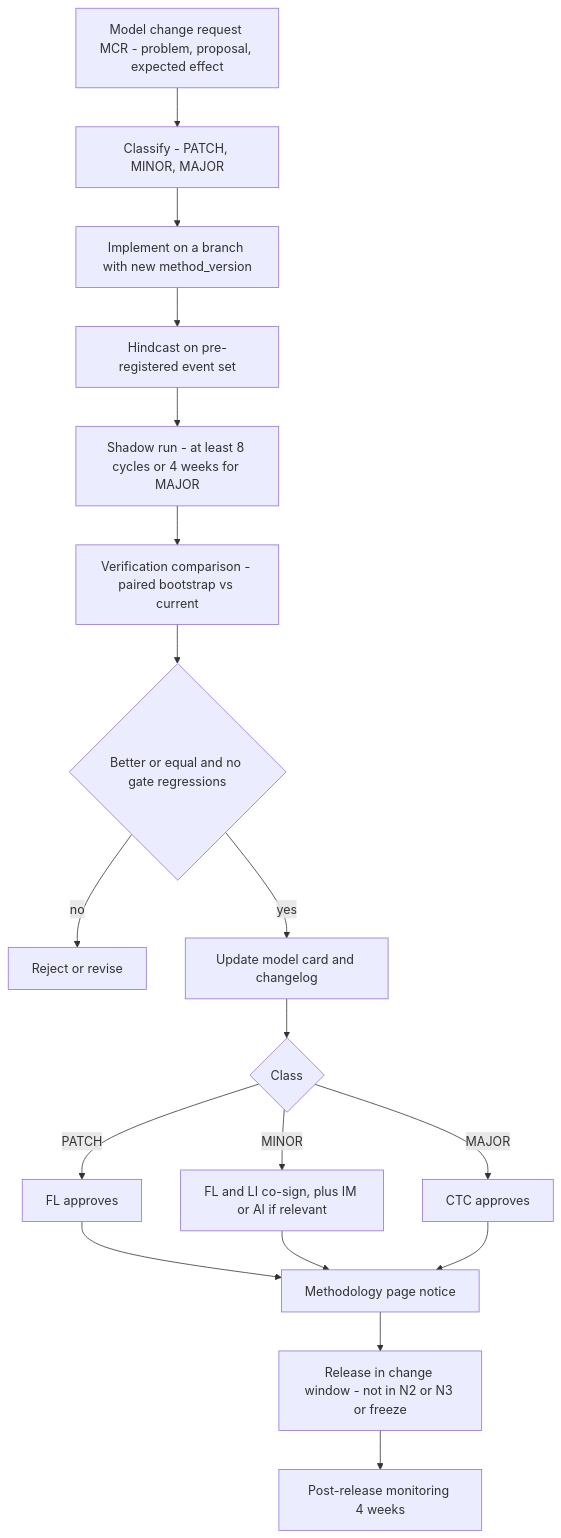
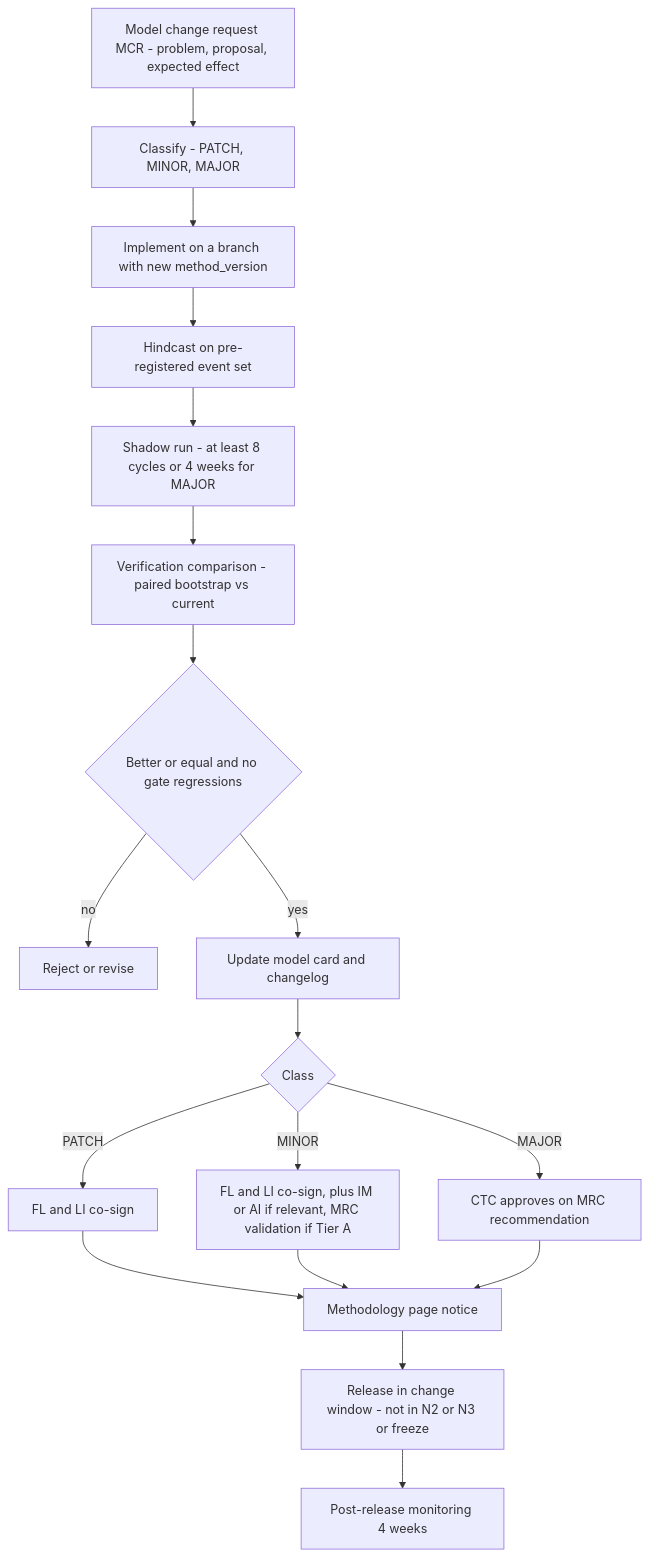
One commit to mcastroarroyo/weathernext changed the second of 4 diagrams in docs/14-verification-and-validation.md. Above: the diagram before and after it, drawn with Mermaid. The commit also changed other lines of this file, not shown here.

First line of the commit message:
Fact-check docs/14-verification-and-validation.md

````diff
--- a/docs/14-verification-and-validation.md
+++ b/docs/14-verification-and-validation.md
@@ -897,20 +899,20 @@
 ```mermaid
 flowchart TD
   A["Model change request MCR - problem, proposal, expected effect"] --> B["Classify - PATCH, MINOR, MAJOR"]
   B --> C["Implement on a branch with new method_version"]
   C --> D["Hindcast on pre-registered event set"]
   D --> E["Shadow run - at least 8 cycles or 4 weeks for MAJOR"]
   E --> F["Verification comparison - paired bootstrap vs current"]
   F --> G{"Better or equal and no gate regressions"}
   G -->|no| X["Reject or revise"]
   G -->|yes| H["Update model card and changelog"]
   H --> I{"Class"}
-  I -->|PATCH| J["FL approves"]
-  I -->|MINOR| K["FL and LI co-sign, plus IM or AI if relevant"]
-  I -->|MAJOR| L["CTC approves"]
+  I -->|PATCH| J["FL and LI co-sign"]
+  I -->|MINOR| K["FL and LI co-sign, plus IM or AI if relevant, MRC validation if Tier A"]
+  I -->|MAJOR| L["CTC approves on MRC recommendation"]
   J --> M["Methodology page notice"]
   K --> M
   L --> M
   M --> N["Release in change window - not in N2 or N3 or freeze"]
   N --> O["Post-release monitoring 4 weeks"]
 ```
````
